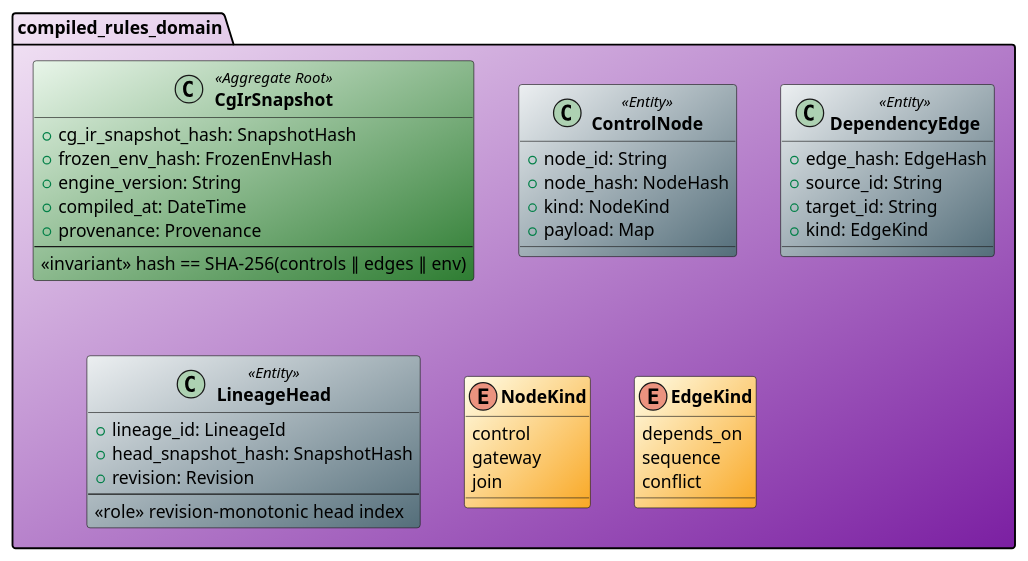
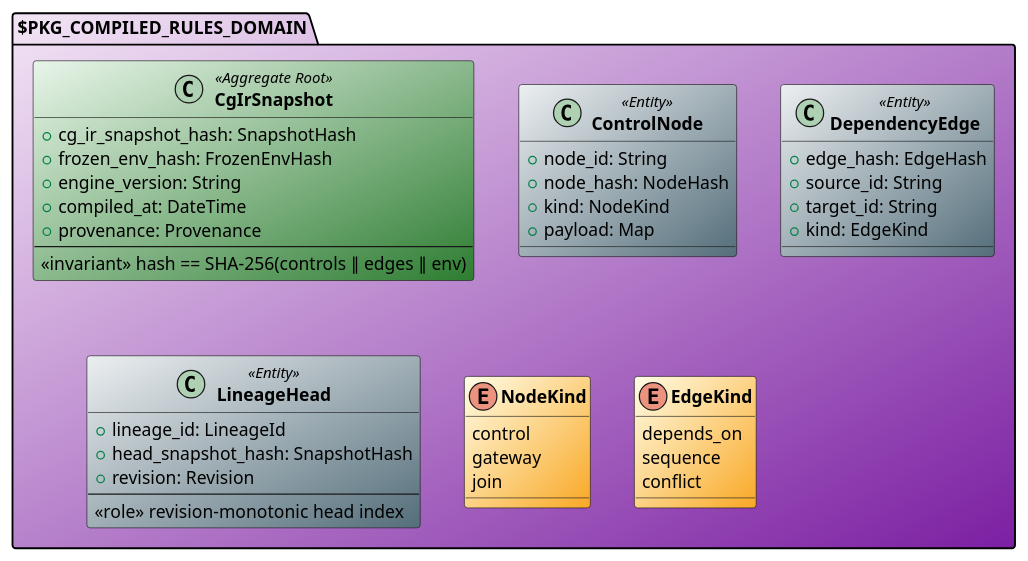
The diagram in docs/class/common/cd_section_domain_compiled_rules.puml (salimnamvar/selma), drawn with PlantUML before and after one commit. The commit also changed 35 other files, not shown here.

```diff
--- a/docs/class/common/cd_section_domain_compiled_rules.puml
+++ b/docs/class/common/cd_section_domain_compiled_rules.puml
@@ -1,54 +1,54 @@
 ' ============================================================
 ' Section: cd_section_domain_compiled_rules.puml
 ' ============================================================
 
-package "compiled_rules_domain" as DOM_CR #F3E5F5/7B1FA2 {
+package "$PKG_COMPILED_RULES_DOMAIN" as DOM_CR #F3E5F5/7B1FA2 {
 
   class "**CgIrSnapshot**" as CgIrSnapshot <<Aggregate Root>> #E8F5E9/2E7D32 {
     + cg_ir_snapshot_hash: SnapshotHash
     + frozen_env_hash: FrozenEnvHash
     + engine_version: String
     + compiled_at: DateTime
     + provenance: Provenance
     --
     <<invariant>> hash == SHA-256(controls ∥ edges ∥ env)
   }
 
   class "**ControlNode**" as ControlNode <<Entity>> #ECEFF1/546E7A {
     + node_id: String
     + node_hash: NodeHash
     + kind: NodeKind
     + payload: Map
   }
 
   class "**DependencyEdge**" as DependencyEdge <<Entity>> #ECEFF1/546E7A {
     + edge_hash: EdgeHash
     + source_id: String
     + target_id: String
     + kind: EdgeKind
   }
 
   class "**LineageHead**" as LineageHead <<Entity>> #ECEFF1/546E7A {
     + lineage_id: LineageId
     + head_snapshot_hash: SnapshotHash
     + revision: Revision
     --
     <<role>> revision-monotonic head index
   }
 
   enum "**NodeKind**" as NodeKind #FFFDE7/F9A825 {
     control
     gateway
     join
   }
 
   enum "**EdgeKind**" as EdgeKind #FFFDE7/F9A825 {
     depends_on
     sequence
     conflict
   }
 }
 
 ' ═══════════════════════════════════════════════════════════
 '  inspections_domain
 ' ═══════════════════════════════════════════════════════════
```
